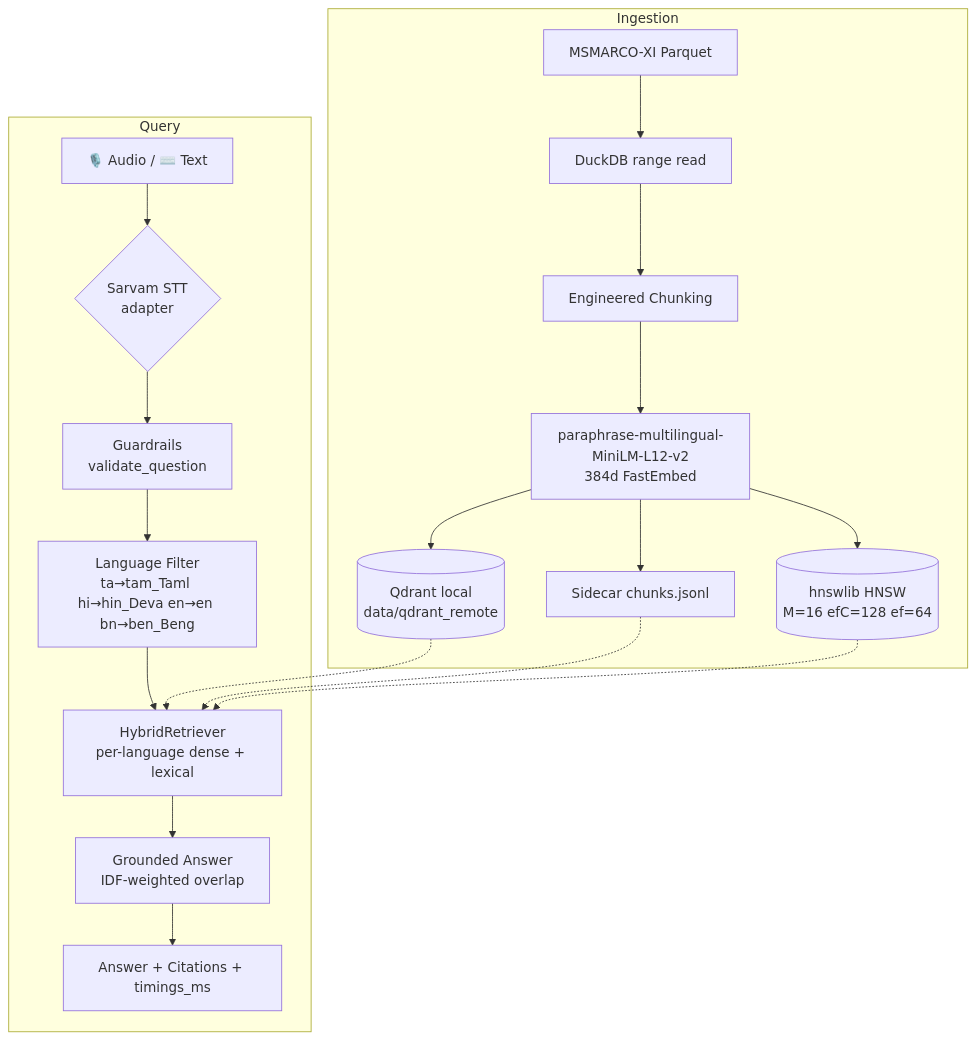
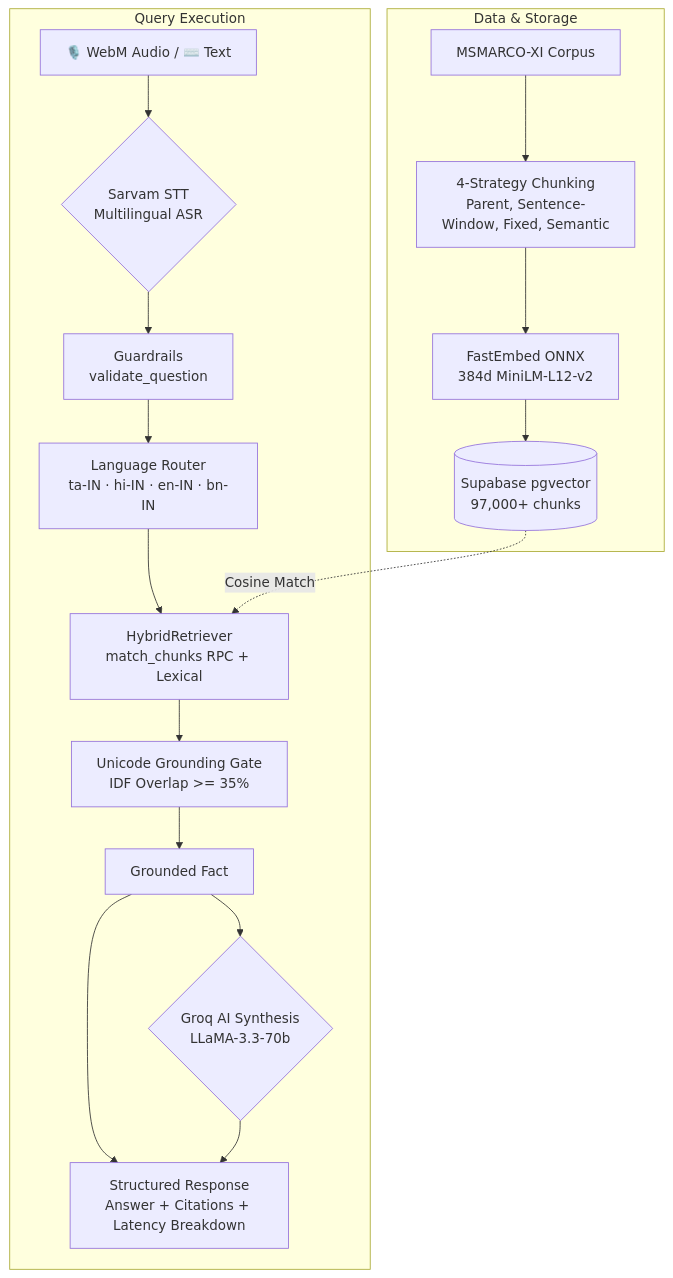
One commit to jmt-genius/voice-rag changed the diagram in README.md. Above: the diagram before and after it, drawn with Mermaid. The commit also changed other lines of this file, not shown here.

Commit message:
docs: update README with full system architecture, Supabase pgvector, Groq GenAI integration, verified prompts, and Cloud Run deployment

````diff
--- a/README.md
+++ b/README.md
@@ -28,22 +33,21 @@
 ```mermaid
 graph TB
-    subgraph Ingestion
-        P[MSMARCO-XI Parquet] --> D[DuckDB range read]
-        D --> C[Engineered Chunking]
-        C --> E[paraphrase-multilingual-MiniLM-L12-v2<br/>384d FastEmbed]
-        E --> Q[(Qdrant local<br/>data/qdrant_remote)]
-        E --> S[Sidecar chunks.jsonl]
-        E --> H[(hnswlib HNSW<br/>M=16 efC=128 ef=64)]
+    subgraph Data & Storage
+        CORPUS[MSMARCO-XI Corpus] --> CHUNK[4-Strategy Chunking<br/>Parent, Sentence-Window, Fixed, Semantic]
+        CHUNK --> EMB[FastEmbed ONNX<br/>384d MiniLM-L12-v2]
+        EMB --> SUPA[(Supabase pgvector<br/>97,000+ chunks)]
     end
-    subgraph Query
-        A[🎙️ Audio / ⌨️ Text] --> STT{Sarvam STT<br/>adapter}
-        STT --> G[Guardrails<br/>validate_question]
-        G --> LF[Language Filter<br/>ta→tam_Taml hi→hin_Deva en→en bn→ben_Beng]
-        LF --> R[HybridRetriever<br/>per-language dense + lexical]
-        R --> GA[Grounded Answer<br/>IDF-weighted overlap]
-        GA --> RES[Answer + Citations + timings_ms]
+
+    subgraph Query Execution
+        INPUT[🎙️ WebM Audio / ⌨️ Text] --> STT{Sarvam STT<br/>Multilingual ASR}
+        STT --> GUARD[Guardrails<br/>validate_question]
+        GUARD --> ROUTE[Language Router<br/>ta-IN · hi-IN · en-IN · bn-IN]
+        ROUTE --> RET[HybridRetriever<br/>match_chunks RPC + Lexical]
+        SUPA -.->|Cosine Match| RET
+        RET --> VERIF[Unicode Grounding Gate<br/>IDF Overlap >= 35%]
+        VERIF --> OUT_ANS[Grounded Fact]
+        OUT_ANS --> GROQ{Groq AI Synthesis<br/>LLaMA-3.3-70b}
+        OUT_ANS --> RENDER[Structured Response<br/>Answer + Citations + Latency Breakdown]
+        GROQ --> RENDER
     end
-    Q -.-> R
-    S -.-> R
-    H -.-> R
 ```
````
